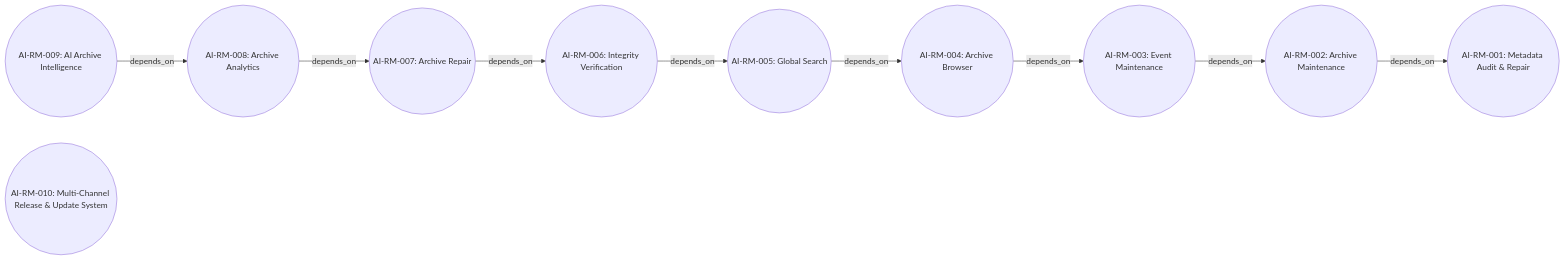
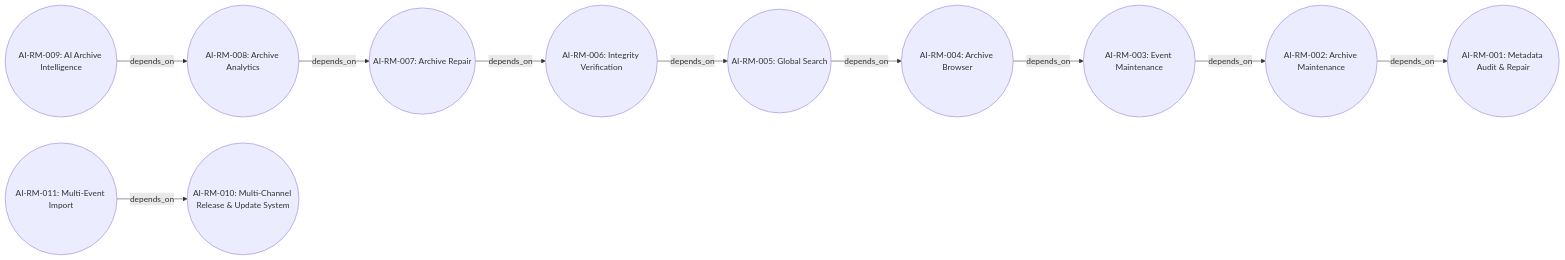
The first of 8 diagrams in docs/product/generated/dependency-graph.md (murtazakhazanchi-ops/autoingest-releases), drawn with Mermaid before and after one commit. The commit also changed other lines of this file and 28 other files, not shown here.

````diff
--- a/docs/product/generated/dependency-graph.md
+++ b/docs/product/generated/dependency-graph.md
@@ -11,22 +11,24 @@
 ```mermaid
 flowchart LR
   %% Roadmap milestone relationships
   AI_RM_001(("AI-RM-001: Metadata Audit & Repair"))
   AI_RM_002(("AI-RM-002: Archive Maintenance"))
   AI_RM_003(("AI-RM-003: Event Maintenance"))
   AI_RM_004(("AI-RM-004: Archive Browser"))
   AI_RM_005(("AI-RM-005: Global Search"))
   AI_RM_006(("AI-RM-006: Integrity Verification"))
   AI_RM_007(("AI-RM-007: Archive Repair"))
   AI_RM_008(("AI-RM-008: Archive Analytics"))
   AI_RM_009(("AI-RM-009: AI Archive Intelligence"))
   AI_RM_010(("AI-RM-010: Multi-Channel Release & Update System"))
+  AI_RM_011(("AI-RM-011: Multi-Event Import"))
   AI_RM_002 -->|depends_on| AI_RM_001
   AI_RM_003 -->|depends_on| AI_RM_002
   AI_RM_004 -->|depends_on| AI_RM_003
   AI_RM_005 -->|depends_on| AI_RM_004
   AI_RM_006 -->|depends_on| AI_RM_005
   AI_RM_007 -->|depends_on| AI_RM_006
   AI_RM_008 -->|depends_on| AI_RM_007
   AI_RM_009 -->|depends_on| AI_RM_008
+  AI_RM_011 -->|depends_on| AI_RM_010
 ```
````
